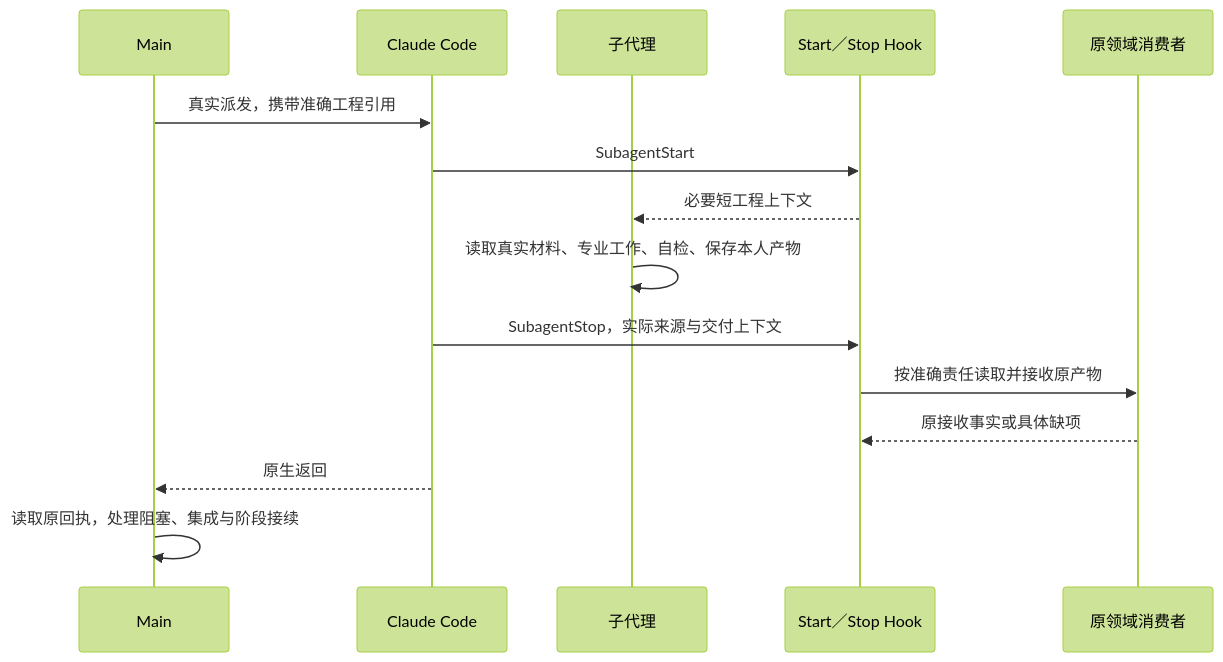
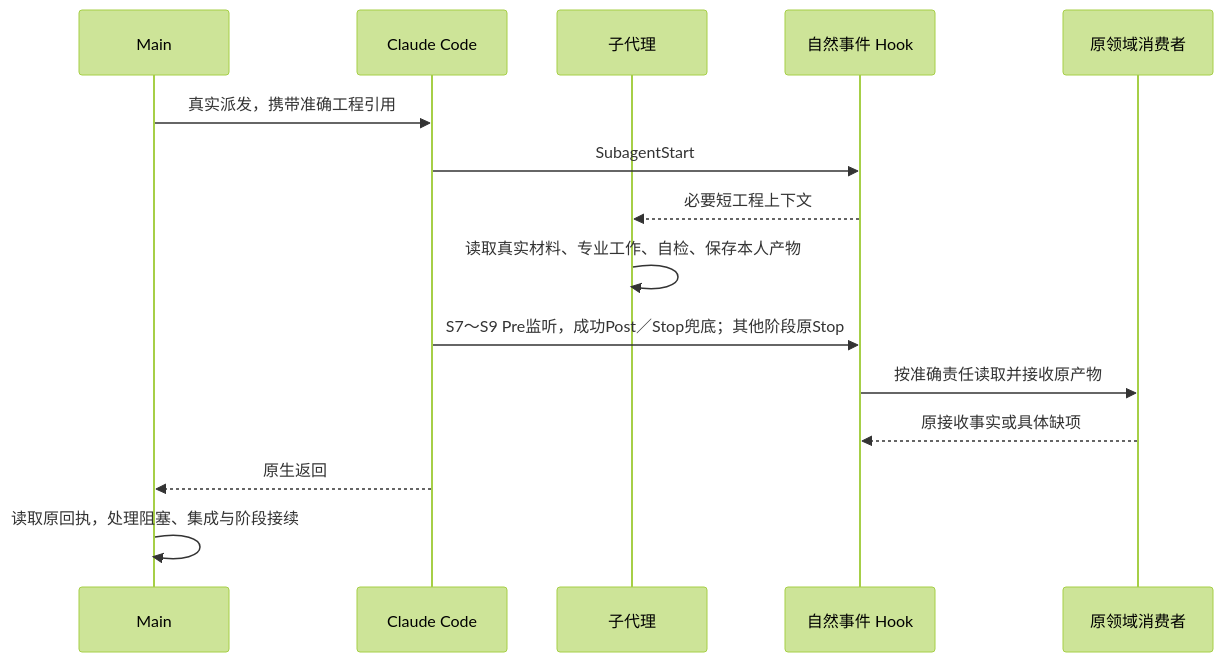
Before and after one commit to entroforge/go-system-builder: the diagram in blueprint/l4-mechanisms/L4-agent-dispatch-governance.md, drawn with Mermaid (forest theme). The commit also changed other lines of this file and 1694 other files, not shown here.

````diff
--- a/blueprint/l4-mechanisms/L4-agent-dispatch-governance.md
+++ b/blueprint/l4-mechanisms/L4-agent-dispatch-governance.md
@@ -61,17 +63,17 @@
 ```mermaid
 sequenceDiagram
     participant M as Main
     participant C as Claude Code
     participant W as 子代理
-    participant H as Start／Stop Hook
+    participant H as 自然事件 Hook
     participant D as 原领域消费者
     M->>C: 真实派发，携带准确工程引用
     C->>H: SubagentStart
     H-->>W: 必要短工程上下文
     W->>W: 读取真实材料、专业工作、自检、保存本人产物
-    C->>H: SubagentStop，实际来源与交付上下文
+    C->>H: S7～S9 Pre监听，成功Post／Stop兜底；其他阶段原Stop
     H->>D: 按准确责任读取并接收原产物
     D-->>H: 原接收事实或具体缺项
     C-->>M: 原生返回
     M->>M: 读取原回执，处理阻塞、集成与阶段接续
 ```
````
